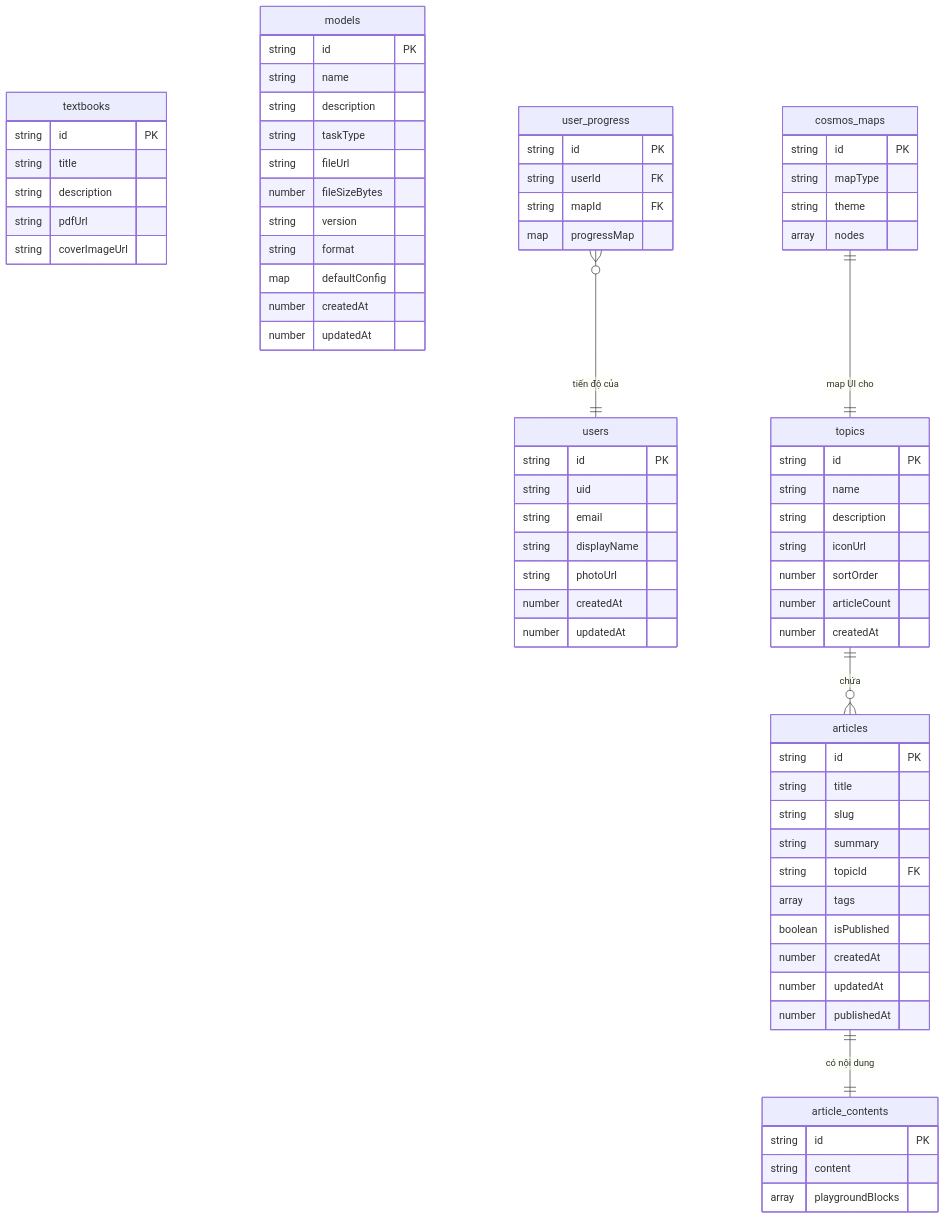
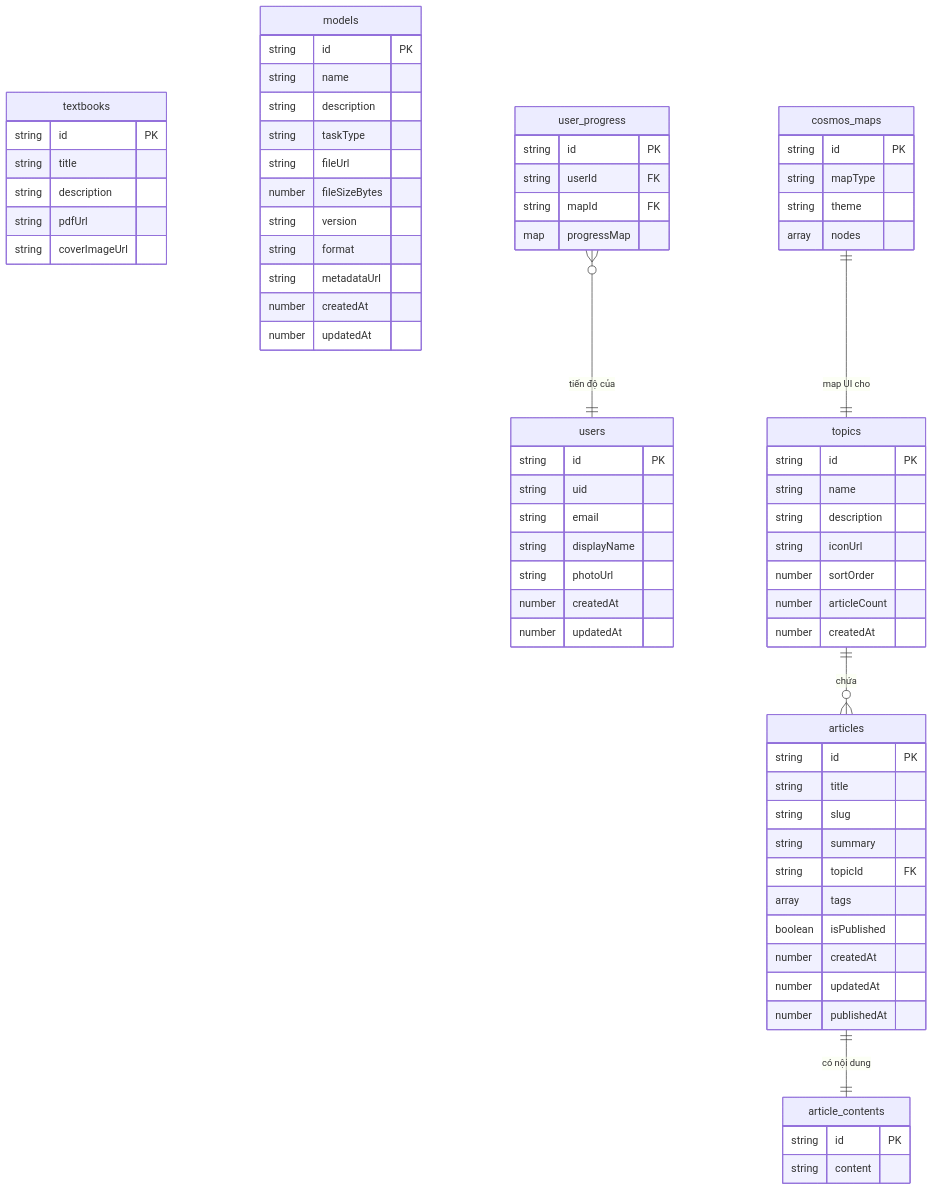
Before and after one commit to iAmHieu2012/Sequoia: the diagram in docs/design/data-model.md, drawn with Mermaid. The commit also changed other lines of this file and 38 other files, not shown here.

First line of the commit message:
feat: comprehensive cosmos gamification, litert inference, and architecture overhaul

````diff
--- a/docs/design/data-model.md
+++ b/docs/design/data-model.md
@@ -16,82 +16,81 @@
 ```mermaid
 erDiagram
     users {
         string id PK
         string uid
         string email
         string displayName
         string photoUrl
         number createdAt
         number updatedAt
     }
 
     textbooks {
         string id PK
         string title
         string description
         string pdfUrl
         string coverImageUrl
     }
 
     topics {
         string id PK
         string name
         string description
         string iconUrl
         number sortOrder
         number articleCount
         number createdAt
     }
 
     articles {
         string id PK
         string title
         string slug
         string summary
         string topicId FK
         array tags
         boolean isPublished
         number createdAt
         number updatedAt
         number publishedAt
     }
 
     article_contents {
         string id PK
         string content
-        array playgroundBlocks
     }
 
     models {
         string id PK
         string name
         string description
         string taskType
         string fileUrl
         number fileSizeBytes
         string version
         string format
-        map defaultConfig
+        string metadataUrl
         number createdAt
         number updatedAt
     }
 
     cosmos_maps {
         string id PK
         string mapType
         string theme
         array nodes
     }
 
     user_progress {
         string id PK
         string userId FK
         string mapId FK
         map progressMap
     }
 
     topics ||--o{ articles : "chứa"
     articles ||--|| article_contents : "có nội dung"
     cosmos_maps ||--|| topics : "map UI cho"
     user_progress }o--|| users : "tiến độ của"
 ```
````
